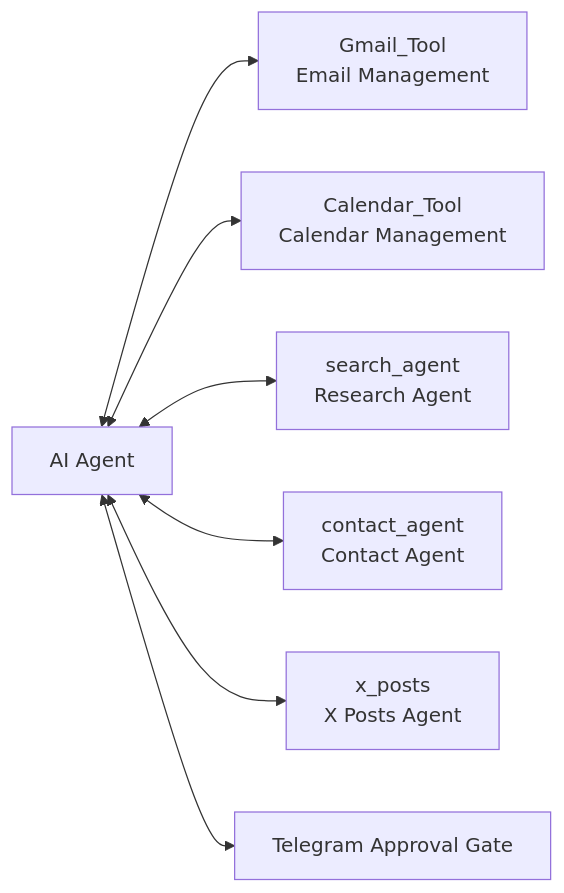
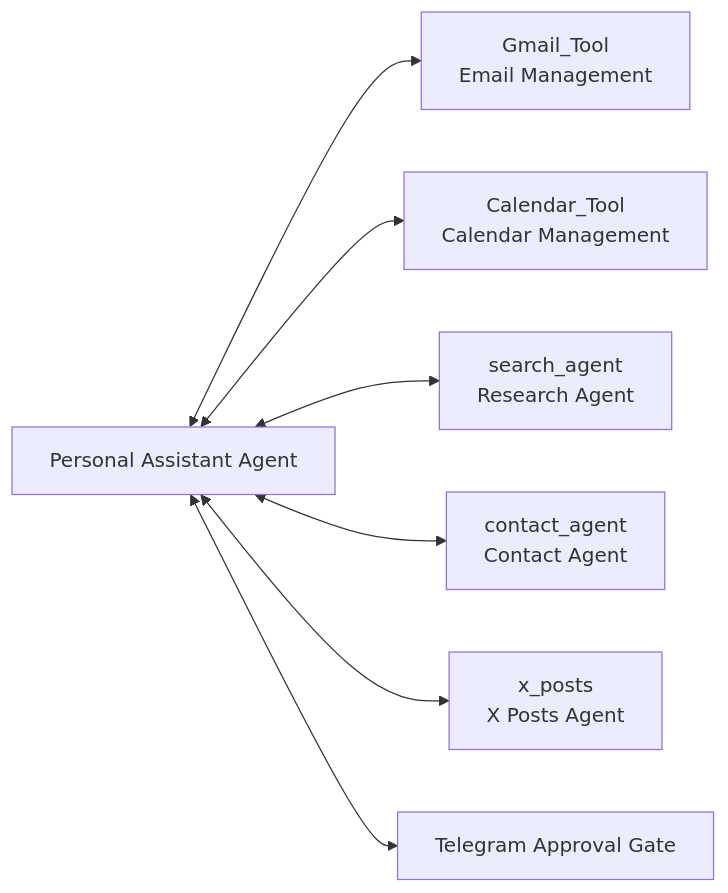
Before and after one commit to silvia0ma-coder/Telegram-AI-Personal-Assistant: the second of 3 diagrams in docs/architecture.md, drawn with Mermaid. The commit also changed other lines of this file and 2 other files, not shown here.

````diff
--- a/docs/architecture.md
+++ b/docs/architecture.md
@@ -48,10 +48,10 @@
 ```mermaid
 flowchart LR
-    Agent[AI Agent]
+    Agent[Personal Assistant Agent]
     Agent <--> Email[Gmail_Tool<br/>Email Management]
     Agent <--> Calendar[Calendar_Tool<br/>Calendar Management]
     Agent <--> Research[search_agent<br/>Research Agent]
     Agent <--> Contacts[contact_agent<br/>Contact Agent]
     Agent <--> XPosts[x_posts<br/>X Posts Agent]
     Agent <--> Gate[Telegram Approval Gate]
 ```
````
